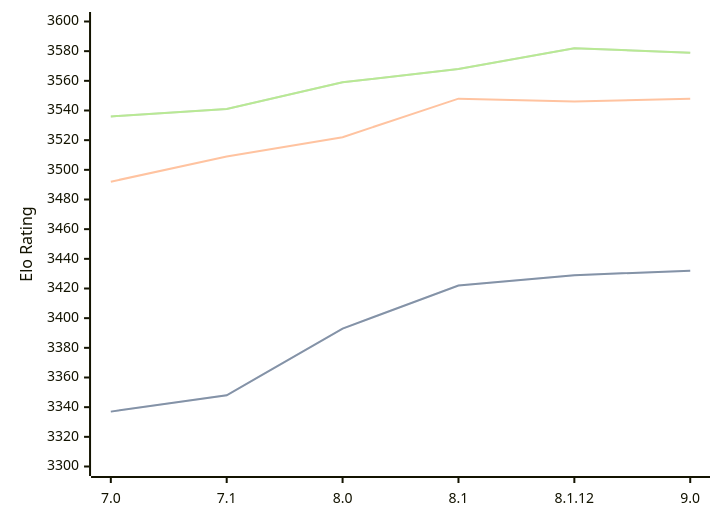
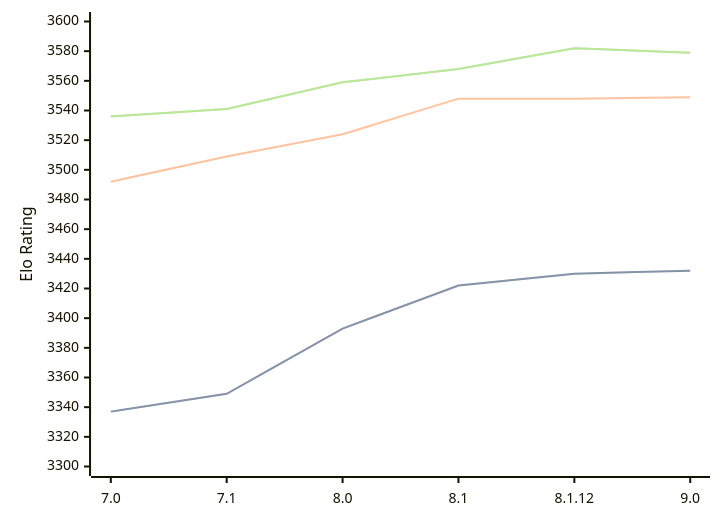
The diagram in engines/Alexandria.md (computer-chess-index/cci), drawn with Mermaid before and after one commit. The commit also changed other lines of this file, not shown here.

````diff
--- a/engines/Alexandria.md
+++ b/engines/Alexandria.md
@@ -36,11 +36,11 @@
 ```mermaid
 %%{init: {"theme":"base","themeVariables":{"seriesColors:['#a3a3a3','#222221','#faa371']}}}%%
 xychart-beta
   x-axis ["7.0", "7.1", "8.0", "8.1", "8.1.12", "9.0"]
   y-axis "Elo Rating" 3300 --> 3600
-  line "" [3337, 3348, 3393, 3422, 3429, 3432]
-  line "STC (8.0+0.08s)" [3337, 3348, 3393, 3422, 3429, 3432]
-  line "LTC (60.0+0.60s)" [3492, 3509, 3522, 3548, 3546, 3548]
+  line "" [3337, 3349, 3393, 3422, 3430, 3432]
+  line "STC (8.0+0.08s)" [3337, 3349, 3393, 3422, 3430, 3432]
+  line "LTC (60.0+0.60s)" [3492, 3509, 3524, 3548, 3548, 3549]
   line "" [3536, 3541, 3559, 3568, 3582, 3579]
   line "VLTC (2m24s+1.12s)" [3536, 3541, 3559, 3568, 3582, 3579]
 ```
````
